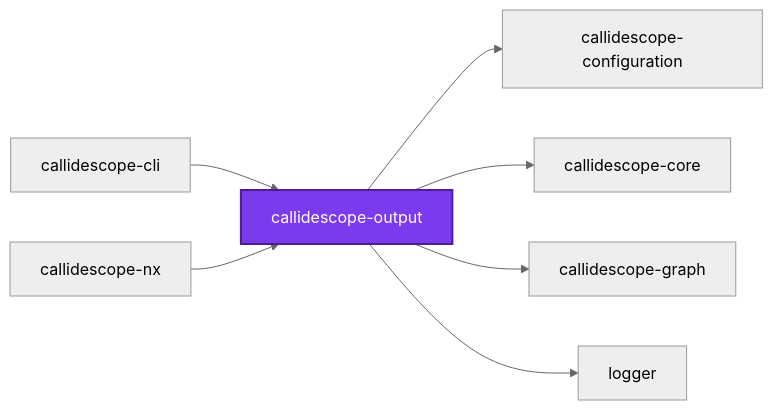
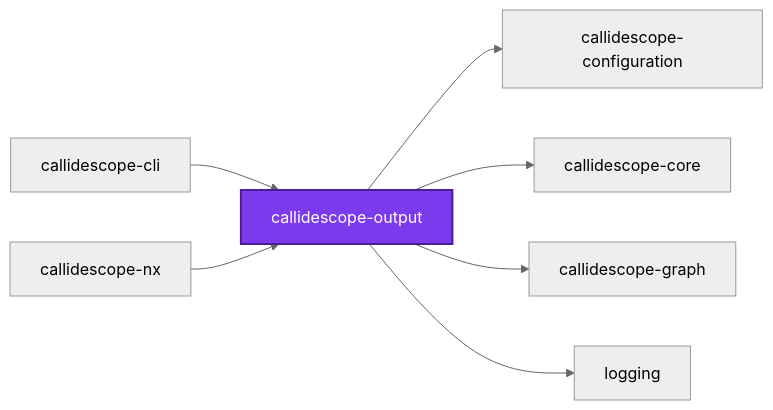
One commit to Organizzolini/codebase changed the first of 3 diagrams in packages/ic-suite/callidescope/callidescope-output/README.md. Above: the diagram before and after it, drawn with Mermaid (neutral theme). The commit also changed 555 other files, not shown here.

````diff
--- a/packages/ic-suite/callidescope/callidescope-output/README.md
+++ b/packages/ic-suite/callidescope/callidescope-output/README.md
@@ -173,18 +173,18 @@
 ```mermaid
 graph LR
   callidescope_cli["callidescope-cli"]
   callidescope_configuration["callidescope-configuration"]
   callidescope_core["callidescope-core"]
   callidescope_graph["callidescope-graph"]
   callidescope_nx["callidescope-nx"]
   callidescope_output["callidescope-output"]
-  logger["logger"]
+  logging["logging"]
   callidescope_cli --> callidescope_output
   callidescope_nx --> callidescope_output
   callidescope_output --> callidescope_configuration
   callidescope_output --> callidescope_core
   callidescope_output --> callidescope_graph
-  callidescope_output --> logger
+  callidescope_output --> logging
   classDef subject fill:#7c3aed,color:#fff,stroke:#4c1d95,stroke-width:2px
   class callidescope_output subject
 ```
````
